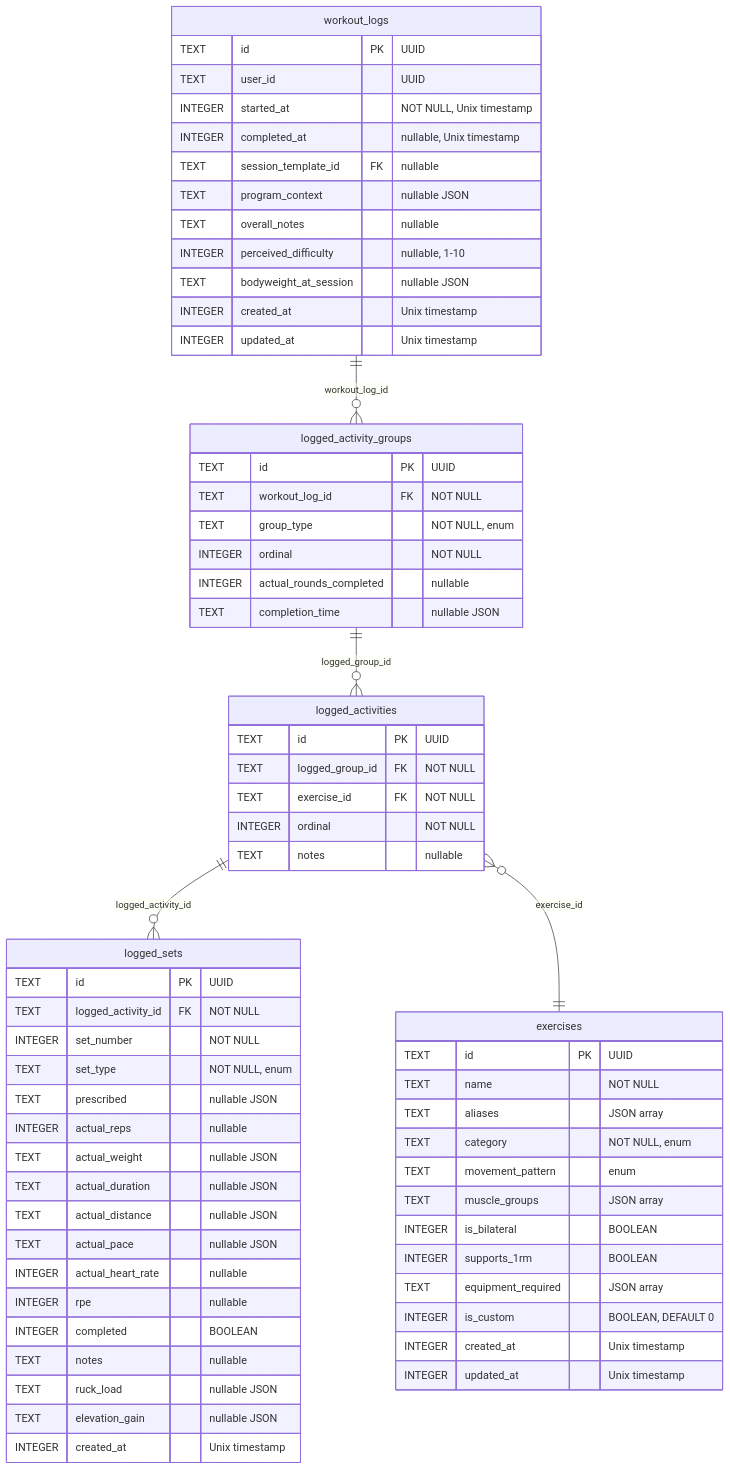
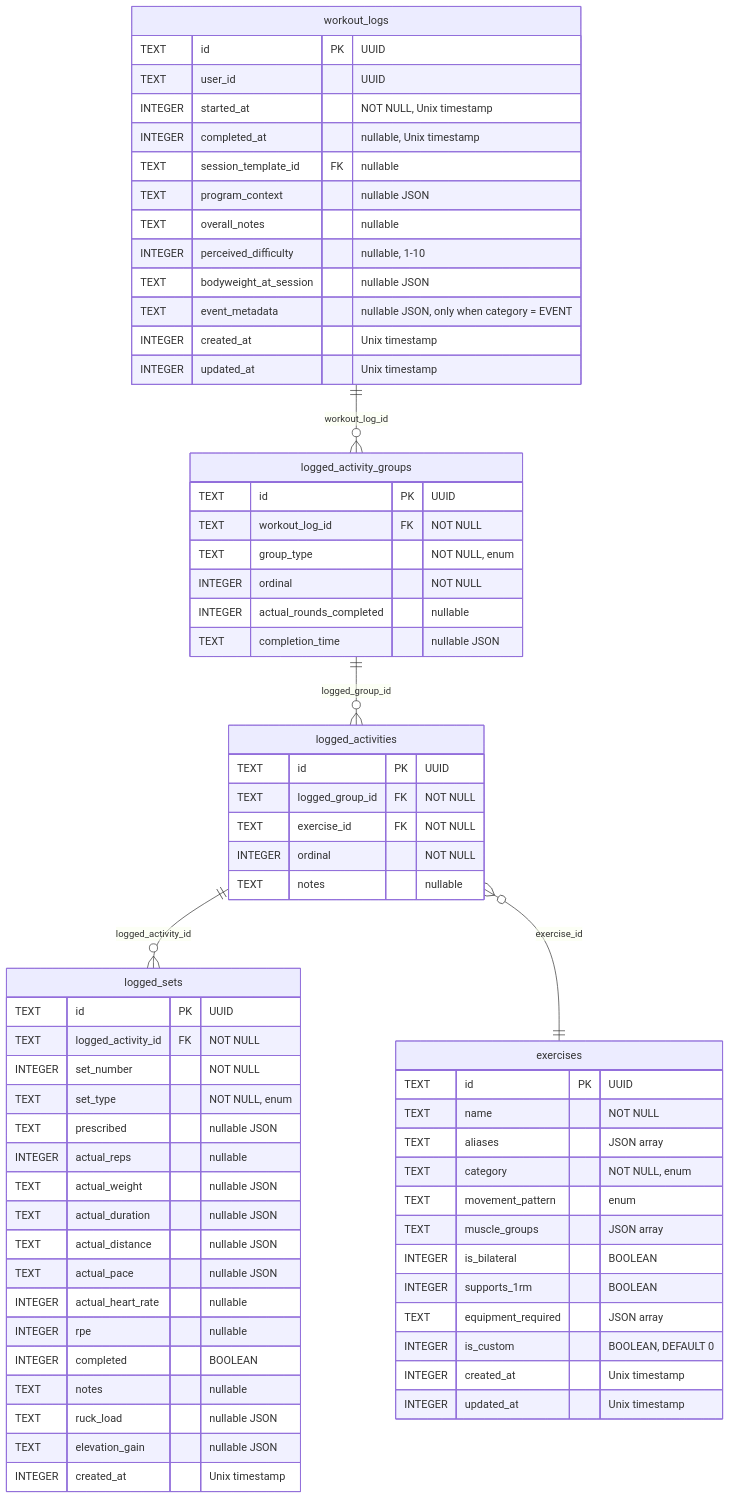
One commit to rghsoftware/ardent-forge changed the second of 7 diagrams in docs/08-erd.md. Above: the diagram before and after it, drawn with Mermaid. The commit also changed other lines of this file and 14 other files, not shown here.

````diff
--- a/docs/08-erd.md
+++ b/docs/08-erd.md
@@ -198,73 +198,74 @@
 ```mermaid
 erDiagram
     exercises {
         TEXT id PK "UUID"
         TEXT name "NOT NULL"
         TEXT aliases "JSON array"
         TEXT category "NOT NULL, enum"
         TEXT movement_pattern "enum"
         TEXT muscle_groups "JSON array"
         INTEGER is_bilateral "BOOLEAN"
         INTEGER supports_1rm "BOOLEAN"
         TEXT equipment_required "JSON array"
         INTEGER is_custom "BOOLEAN, DEFAULT 0"
         INTEGER created_at "Unix timestamp"
         INTEGER updated_at "Unix timestamp"
     }
-    
+
     workout_logs {
         TEXT id PK "UUID"
         TEXT user_id "UUID"
         INTEGER started_at "NOT NULL, Unix timestamp"
         INTEGER completed_at "nullable, Unix timestamp"
         TEXT session_template_id FK "nullable"
         TEXT program_context "nullable JSON"
         TEXT overall_notes "nullable"
         INTEGER perceived_difficulty "nullable, 1-10"
         TEXT bodyweight_at_session "nullable JSON"
+        TEXT event_metadata "nullable JSON, only when category = EVENT"
         INTEGER created_at "Unix timestamp"
         INTEGER updated_at "Unix timestamp"
     }
-    
+
     logged_activity_groups {
         TEXT id PK "UUID"
         TEXT workout_log_id FK "NOT NULL"
         TEXT group_type "NOT NULL, enum"
         INTEGER ordinal "NOT NULL"
         INTEGER actual_rounds_completed "nullable"
         TEXT completion_time "nullable JSON"
     }
-    
+
     logged_activities {
         TEXT id PK "UUID"
         TEXT logged_group_id FK "NOT NULL"
         TEXT exercise_id FK "NOT NULL"
         INTEGER ordinal "NOT NULL"
         TEXT notes "nullable"
     }
-    
+
     logged_sets {
         TEXT id PK "UUID"
         TEXT logged_activity_id FK "NOT NULL"
         INTEGER set_number "NOT NULL"
         TEXT set_type "NOT NULL, enum"
         TEXT prescribed "nullable JSON"
         INTEGER actual_reps "nullable"
         TEXT actual_weight "nullable JSON"
         TEXT actual_duration "nullable JSON"
         TEXT actual_distance "nullable JSON"
         TEXT actual_pace "nullable JSON"
         INTEGER actual_heart_rate "nullable"
         INTEGER rpe "nullable"
         INTEGER completed "BOOLEAN"
         TEXT notes "nullable"
         TEXT ruck_load "nullable JSON"
         TEXT elevation_gain "nullable JSON"
         INTEGER created_at "Unix timestamp"
     }
-    
+
     workout_logs ||--o{ logged_activity_groups : "workout_log_id"
     logged_activity_groups ||--o{ logged_activities : "logged_group_id"
     logged_activities ||--o{ logged_sets : "logged_activity_id"
     logged_activities }o--|| exercises : "exercise_id"
 ```
````
